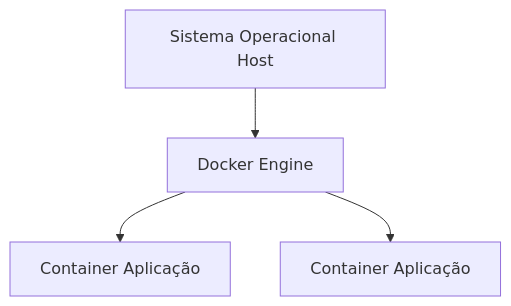
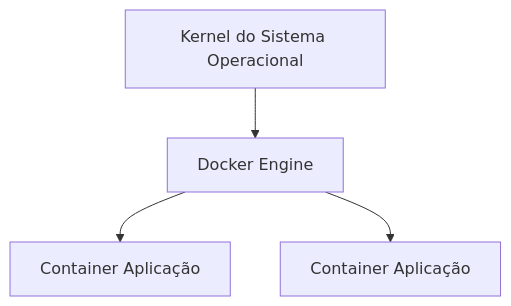
The second of 4 diagrams in aula7/PROPOSTA.md (maurosonic96-crypto/aulas), drawn with Mermaid before and after one commit. The commit also changed other lines of this file and 1 other file, not shown here.

````diff
--- a/aula7/PROPOSTA.md
+++ b/aula7/PROPOSTA.md
@@ -136,12 +182,12 @@
 ```mermaid
 flowchart TB
-    Host[Sistema Operacional Host]
+    Kernel[Kernel do Sistema Operacional]
     Docker[Docker Engine]
 
     C1[Container Aplicação]
     C2[Container Aplicação]
 
-    Host --> Docker
+    Kernel --> Docker
     Docker --> C1
     Docker --> C2
 ```
````
